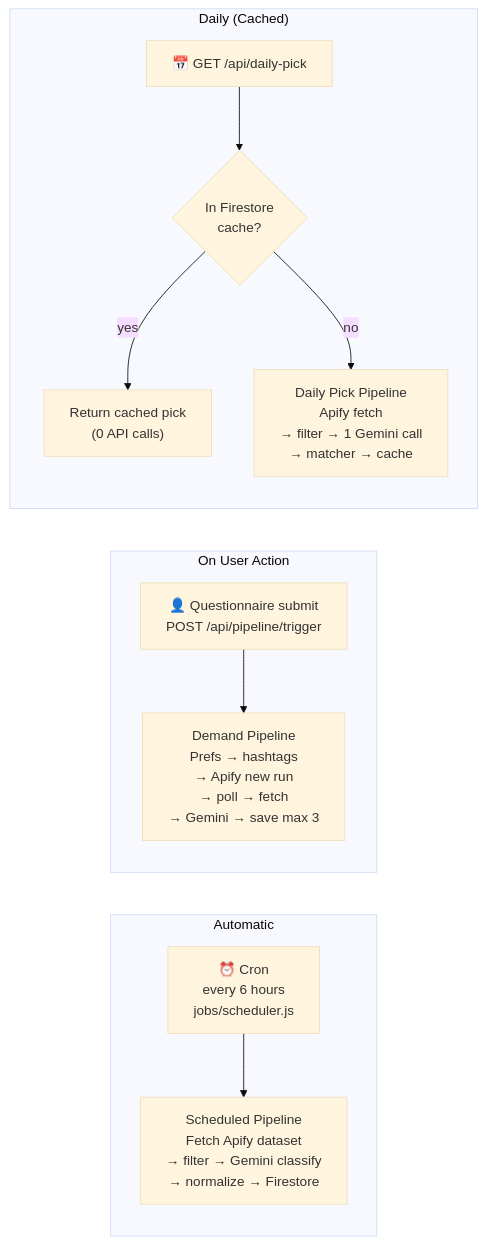
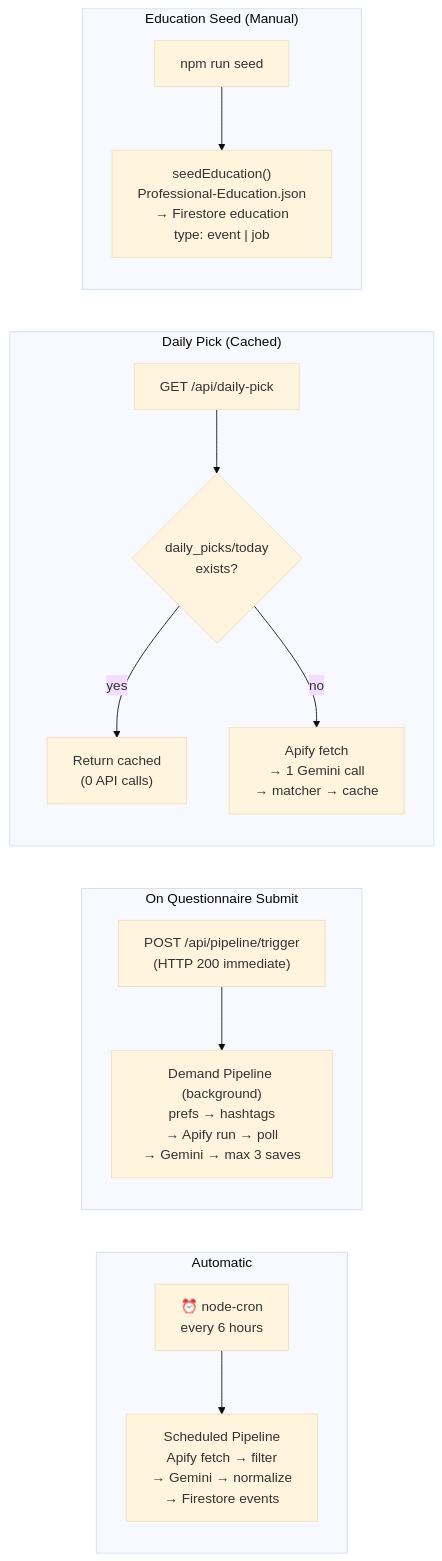
The fourth of 5 diagrams in PROJECT.md (YuChan707/GDG-CityTech-SolutionChallenger-2026), drawn with Mermaid (base theme) before and after one commit. The commit also changed other lines of this file, not shown here.

Commit message:
Update the new feature "Education"

````diff
--- a/PROJECT.md
+++ b/PROJECT.md
@@ -294,16 +343,20 @@
 ```mermaid
 flowchart LR
     subgraph AUTO["Automatic"]
-        C1["⏰ Cron\nevery 6 hours\njobs/scheduler.js"] --> P1["Scheduled Pipeline\nFetch Apify dataset\n→ filter → Gemini classify\n→ normalize → Firestore"]
+        C1["⏰ node-cron\nevery 6 hours"] --> P1["Scheduled Pipeline\nApify fetch → filter\n→ Gemini → normalize\n→ Firestore events"]
     end
 
-    subgraph ON_DEMAND["On User Action"]
-        C2["👤 Questionnaire submit\nPOST /api/pipeline/trigger"] --> P2["Demand Pipeline\nPrefs → hashtags\n→ Apify new run\n→ poll → fetch\n→ Gemini → save max 3"]
+    subgraph ON_DEMAND["On Questionnaire Submit"]
+        C2["POST /api/pipeline/trigger\n(HTTP 200 immediate)"] --> P2["Demand Pipeline (background)\nprefs → hashtags\n→ Apify run → poll\n→ Gemini → max 3 saves"]
     end
 
-    subgraph DAILY["Daily (Cached)"]
-        C3["📅 GET /api/daily-pick"] --> CHK{"In Firestore\ncache?"}
-        CHK -->|yes| RET["Return cached pick\n(0 API calls)"]
-        CHK -->|no| P3["Daily Pick Pipeline\nApify fetch\n→ filter → 1 Gemini call\n→ matcher → cache"]
+    subgraph DAILY["Daily Pick (Cached)"]
+        C3["GET /api/daily-pick"] --> CHK{"daily_picks/today\nexists?"}
+        CHK -->|yes| RET["Return cached\n(0 API calls)"]
+        CHK -->|no| P3["Apify fetch\n→ 1 Gemini call\n→ matcher → cache"]
+    end
+
+    subgraph EDU_SEED["Education Seed (Manual)"]
+        C4["npm run seed"] --> P4["seedEducation()\nProfessional-Education.json\n→ Firestore education\ntype: event | job"]
     end
 ```
````
